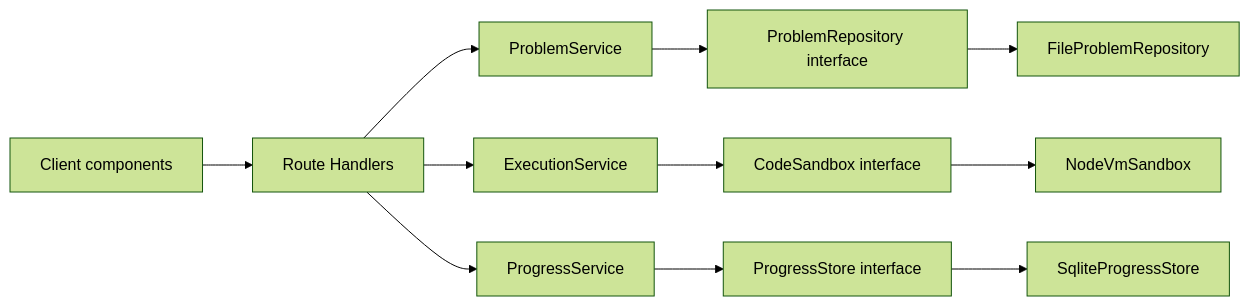
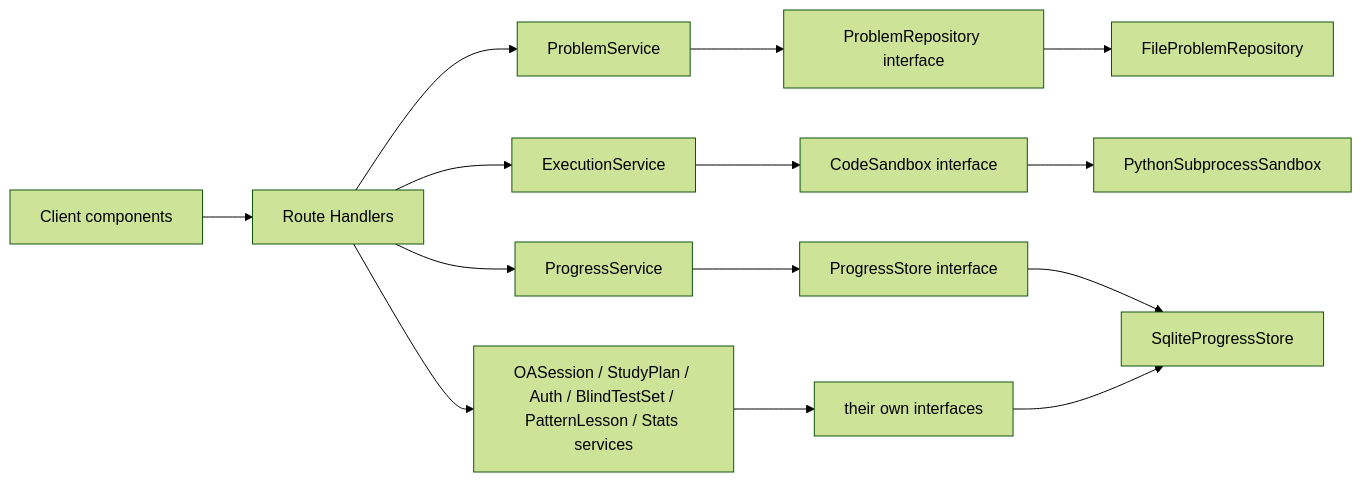
The diagram in ARCHITECTURE.md (cadenannison/DSA-learning-application), drawn with Mermaid (forest theme) before and after one commit. The commit also changed other lines of this file and 382 other files, not shown here.

````diff
--- a/ARCHITECTURE.md
+++ b/ARCHITECTURE.md
@@ -26,13 +36,16 @@
 ```mermaid
 flowchart LR
   ui[Client components] --> routes[Route Handlers]
   routes --> problemSvc[ProblemService]
   routes --> execSvc[ExecutionService]
   routes --> progressSvc[ProgressService]
+  routes --> otherSvc[OASession / StudyPlan / Auth / BlindTestSet / PatternLesson / Stats services]
   problemSvc --> problemRepo[ProblemRepository interface]
   execSvc --> sandbox[CodeSandbox interface]
   progressSvc --> progressStore[ProgressStore interface]
+  otherSvc --> otherIfaces[their own interfaces]
   problemRepo --> fsImpl[FileProblemRepository]
-  sandbox --> vmImpl[NodeVmSandbox]
+  sandbox --> vmImpl[PythonSubprocessSandbox]
   progressStore --> sqliteImpl[SqliteProgressStore]
+  otherIfaces --> sqliteImpl
 ```
````
